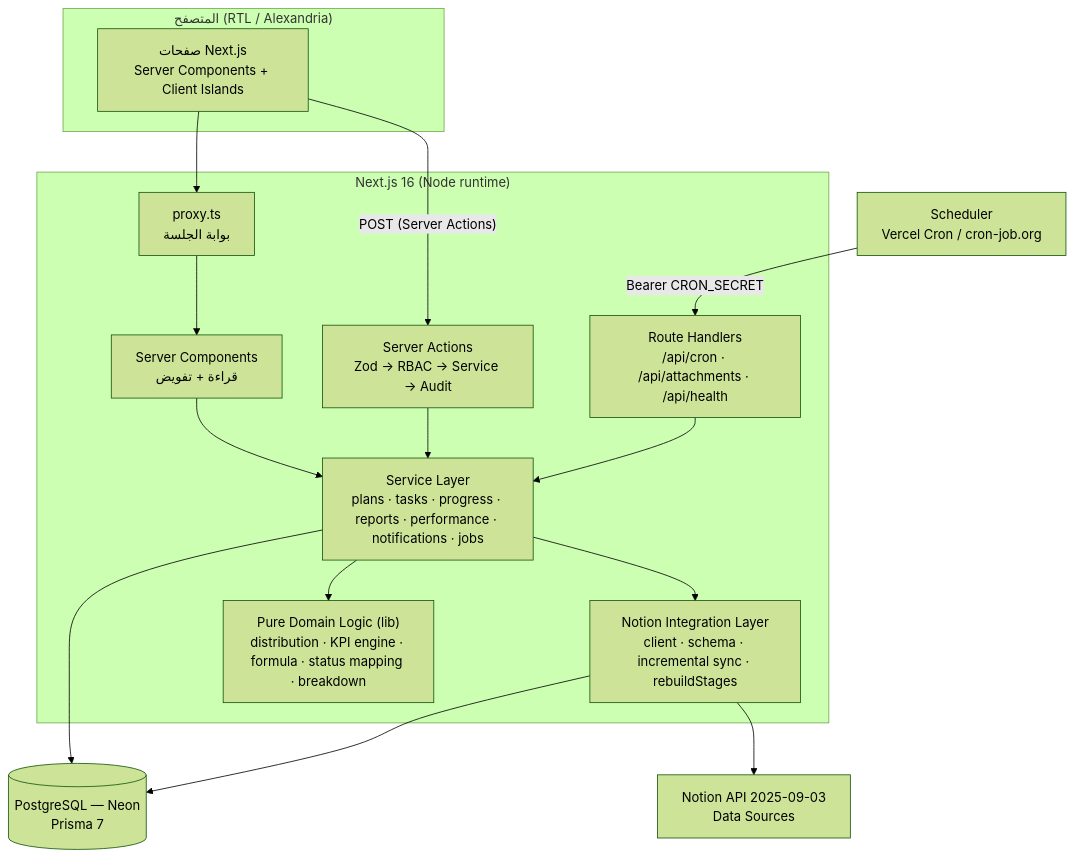
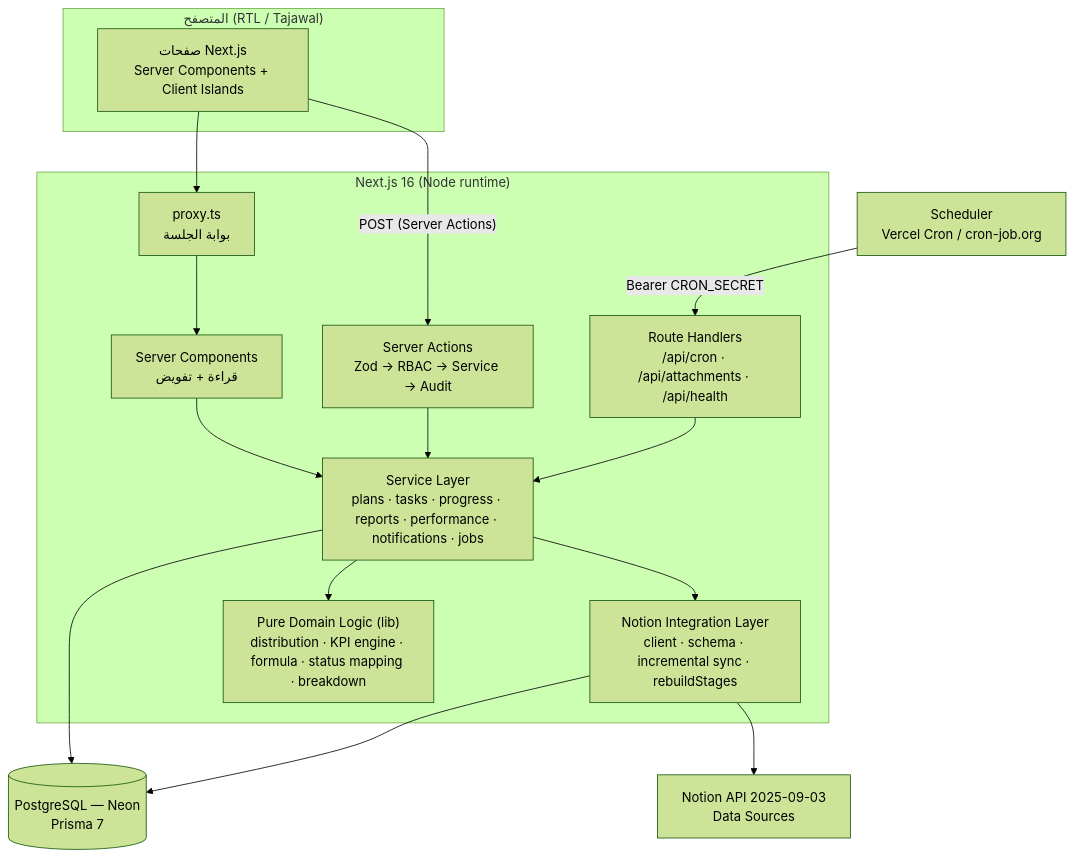
The first of 5 diagrams in docs/ARCHITECTURE.md (habeeb774/Masar-Performance), drawn with Mermaid (forest theme) before and after one commit. The commit also changed 2 other files, not shown here.

Commit message:
Switch the app font from Alexandria to Tajawal

````diff
--- a/docs/ARCHITECTURE.md
+++ b/docs/ARCHITECTURE.md
@@ -10,30 +10,30 @@
 ```mermaid
 flowchart TB
-  subgraph Browser["المتصفح (RTL / Alexandria)"]
+  subgraph Browser["المتصفح (RTL / Tajawal)"]
     UI["صفحات Next.js<br/>Server Components + Client Islands"]
   end
   subgraph Next["Next.js 16 (Node runtime)"]
     PX["proxy.ts<br/>بوابة الجلسة"]
     RSC["Server Components<br/>قراءة + تفويض"]
     SA["Server Actions<br/>Zod → RBAC → Service → Audit"]
     RH["Route Handlers<br/>/api/cron · /api/attachments · /api/health"]
     SVC["Service Layer<br/>plans · tasks · progress · reports · performance · notifications · jobs"]
     NIL["Notion Integration Layer<br/>client · schema · incremental sync · rebuildStages"]
     LIB["Pure Domain Logic (lib)<br/>distribution · KPI engine · formula · status mapping · breakdown"]
   end
   DB[("PostgreSQL — Neon<br/>Prisma 7")]
   NOTION["Notion API 2025-09-03<br/>Data Sources"]
   CRON["Scheduler<br/>Vercel Cron / cron-job.org"]
 
   UI --> PX --> RSC
   UI -- "POST (Server Actions)" --> SA
   RSC --> SVC
   SA --> SVC
   RH --> SVC
   SVC --> LIB
   SVC --> DB
   NIL --> NOTION
   NIL --> DB
   SVC --> NIL
   CRON -- "Bearer CRON_SECRET" --> RH
 ```
````
